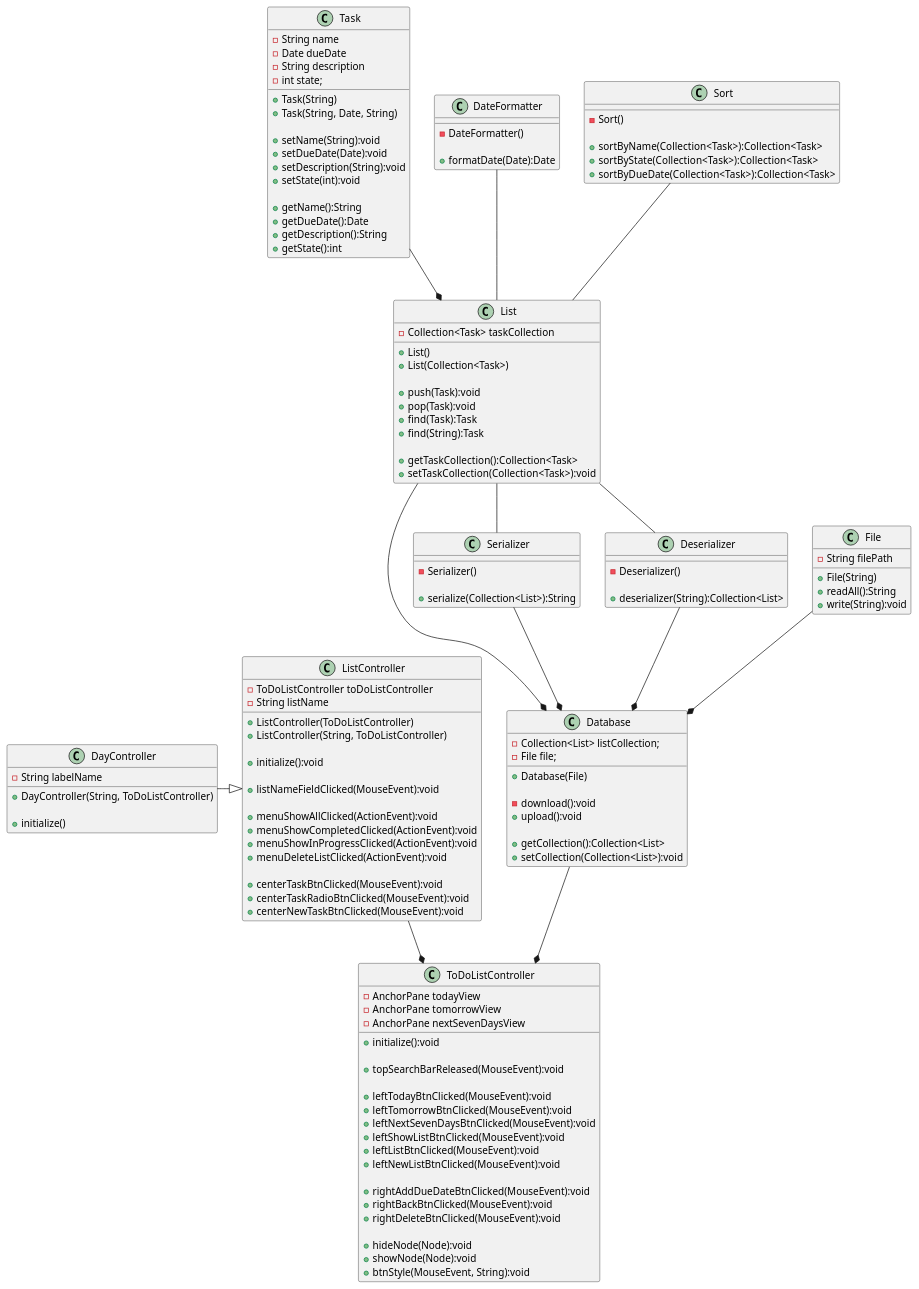
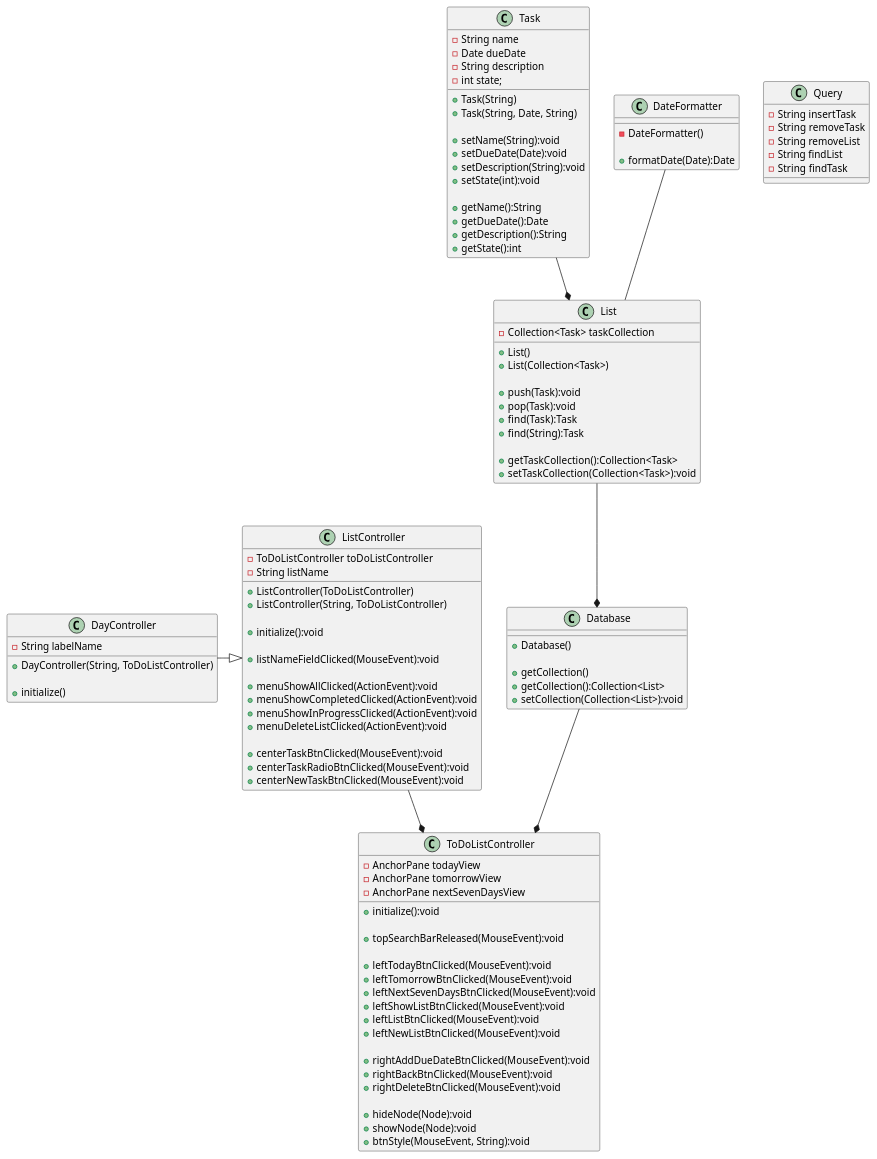
One commit to mplekunov/ToDoListApplication changed the diagram in uml/MainLogicClassDiagram.puml. Above: the diagram before and after it, drawn with PlantUML. The commit also changed 16 other files, not shown here.

```diff
--- a/uml/MainLogicClassDiagram.puml
+++ b/uml/MainLogicClassDiagram.puml
@@ -1,153 +1,122 @@
 @startuml
 'https://plantuml.com/class-diagram
 
 class Task {
     -String name
     -Date dueDate
     -String description
     -int state;
 
     +Task(String)
     +Task(String, Date, String)
 
     +setName(String):void
     +setDueDate(Date):void
     +setDescription(String):void
     +setState(int):void
 
     +getName():String
     +getDueDate():Date
     +getDescription():String
     +getState():int
 }
 
 class List {
     -Collection<Task> taskCollection
 
     +List()
     +List(Collection<Task>)
 
     +push(Task):void
     +pop(Task):void
     +find(Task):Task
     +find(String):Task
 
     +getTaskCollection():Collection<Task>
     +setTaskCollection(Collection<Task>):void
 }
 
 class DateFormatter {
     -DateFormatter()
 
     +formatDate(Date):Date
-}
-
-class Sort {
-    -Sort()
-
-    +sortByName(Collection<Task>):Collection<Task>
-    +sortByState(Collection<Task>):Collection<Task>
-    +sortByDueDate(Collection<Task>):Collection<Task>
 }
 
 class ToDoListController {
     -AnchorPane todayView
     -AnchorPane tomorrowView
     -AnchorPane nextSevenDaysView
 
     +initialize():void
 
     +topSearchBarReleased(MouseEvent):void
 
     +leftTodayBtnClicked(MouseEvent):void
     +leftTomorrowBtnClicked(MouseEvent):void
     +leftNextSevenDaysBtnClicked(MouseEvent):void
     +leftShowListBtnClicked(MouseEvent):void
     +leftListBtnClicked(MouseEvent):void
     +leftNewListBtnClicked(MouseEvent):void
 
     +rightAddDueDateBtnClicked(MouseEvent):void
     +rightBackBtnClicked(MouseEvent):void
     +rightDeleteBtnClicked(MouseEvent):void
 
     +hideNode(Node):void
     +showNode(Node):void
     +btnStyle(MouseEvent, String):void
 }
 
 class ListController {
     -ToDoListController toDoListController
     -String listName
 
     +ListController(ToDoListController)
     +ListController(String, ToDoListController)
 
     +initialize():void
 
     +listNameFieldClicked(MouseEvent):void
 
     +menuShowAllClicked(ActionEvent):void
     +menuShowCompletedClicked(ActionEvent):void
     +menuShowInProgressClicked(ActionEvent):void
     +menuDeleteListClicked(ActionEvent):void
 
     +centerTaskBtnClicked(MouseEvent):void
     +centerTaskRadioBtnClicked(MouseEvent):void
     +centerNewTaskBtnClicked(MouseEvent):void
 
 }
 
 class DayController {
     -String labelName
 
     +DayController(String, ToDoListController)
 
     +initialize()
 }
 
 class Database {
-    -Collection<List> listCollection;
-    -File file;
+    +Database()
 
-    +Database(File)
-
-    -download():void
-    +upload():void
-
+    +getCollection()
     +getCollection():Collection<List>
     +setCollection(Collection<List>):void
 }
 
-class File {
-    -String filePath
-
-    +File(String)
-    +readAll():String
-    +write(String):void
+class Query {
+    -String insertTask
+    -String removeTask
+    -String removeList
+    -String findList
+    -String findTask
 }
 
-class Serializer {
-    -Serializer()
-
-    +serialize(Collection<List>):String
-}
-
-class Deserializer {
-    -Deserializer()
-
-    +deserializer(String):Collection<List>
-}
-
-File --* Database
-Serializer --* Database
-Deserializer --* Database
-List -- Serializer
-List -- Deserializer
 Database --* ToDoListController
 List --* Database
 DayController -|> ListController
 ListController --* ToDoListController
 Task --* List
-Sort -- List
 DateFormatter -- List
 @enduml
```
